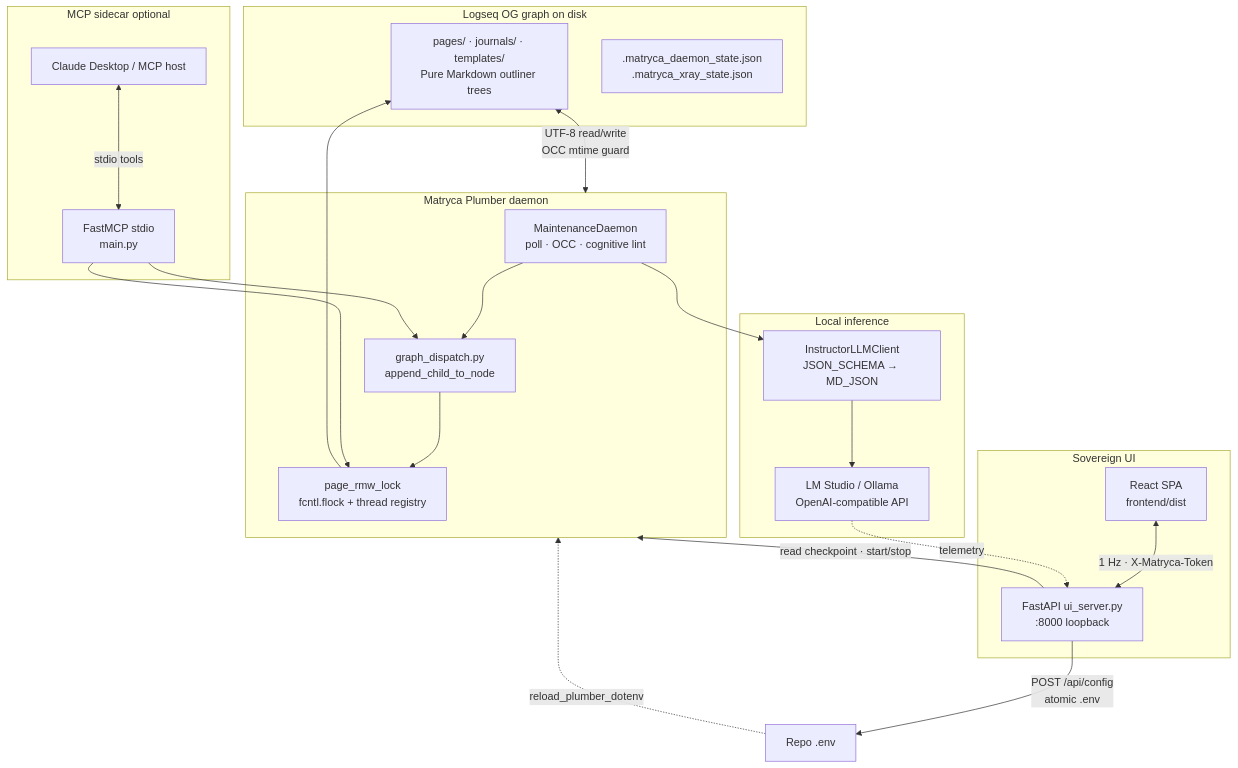
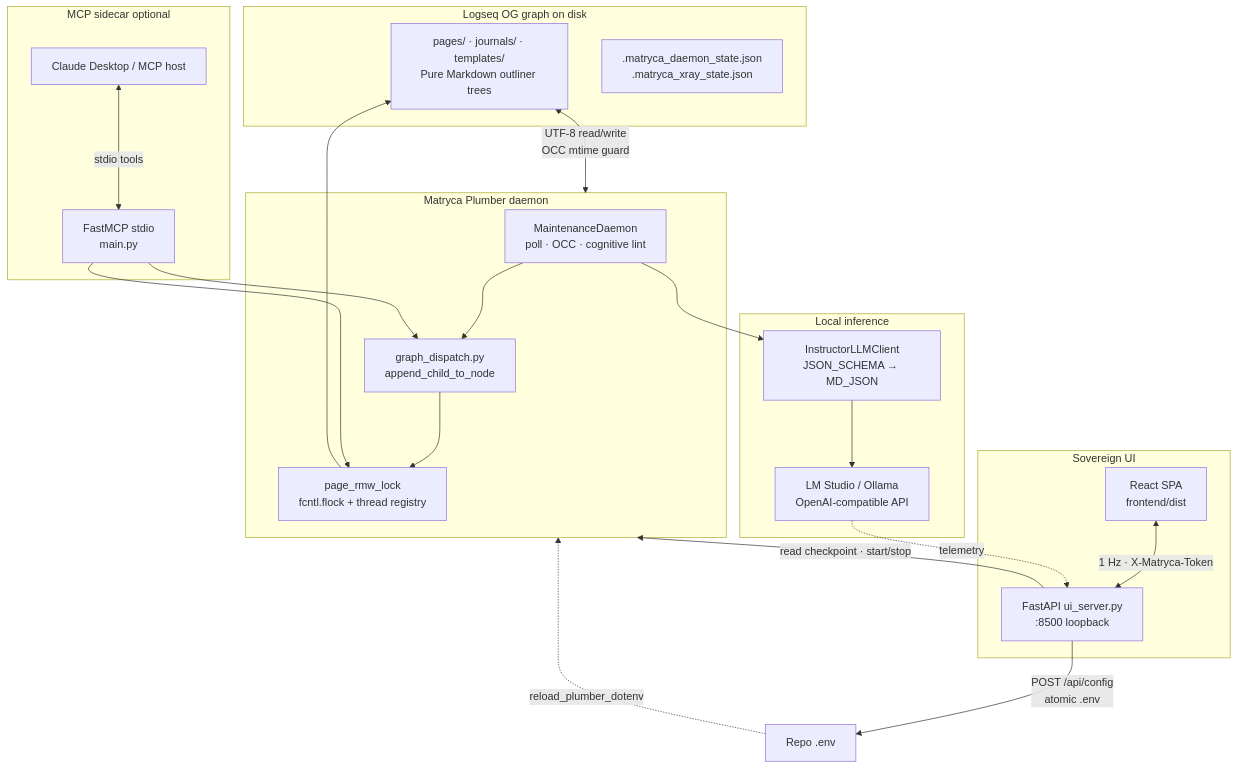
Before and after one commit to blackwolf225/matryca-plumber: the first of 3 diagrams in docs/ARCHITECTURE.md, drawn with Mermaid. The commit also changed other lines of this file and 24 other files, not shown here.

First line of the commit message:
feat(security): enhance SSRF protection, introduce graph path allowlist, and implement split UI rate limits

````diff
--- a/docs/ARCHITECTURE.md
+++ b/docs/ARCHITECTURE.md
@@ -67,43 +67,43 @@
 ```mermaid
 graph TD
   subgraph graph["Logseq OG graph on disk"]
     MD["pages/ · journals/ · templates/\nPure Markdown outliner trees"]
     LEDGER[".matryca_daemon_state.json\n.matryca_xray_state.json"]
   end
 
   subgraph daemon["Matryca Plumber daemon"]
     MD_POLL["MaintenanceDaemon\npoll · OCC · cognitive lint"]
     GD["graph_dispatch.py\nappend_child_to_node"]
     LOCK["page_rmw_lock\nfcntl.flock + thread registry"]
     MD_POLL --> GD
     GD --> LOCK
     LOCK --> MD
   end
 
   subgraph llm["Local inference"]
     LM["LM Studio / Ollama\nOpenAI-compatible API"]
     INST["InstructorLLMClient\nJSON_SCHEMA → MD_JSON"]
     MD_POLL --> INST
     INST --> LM
   end
 
   subgraph ui["Sovereign UI"]
     REACT["React SPA\nfrontend/dist"]
-    API["FastAPI ui_server.py\n:8000 loopback"]
+    API["FastAPI ui_server.py\n:8500 loopback"]
     REACT <-->|"1 Hz · X-Matryca-Token"| API
   end
 
   subgraph mcp["MCP sidecar optional"]
     HOST["Claude Desktop / MCP host"]
     FMCP["FastMCP stdio\nmain.py"]
     HOST <-->|"stdio tools"| FMCP
   end
 
   MD <-->|"UTF-8 read/write\nOCC mtime guard"| daemon
   API -->|"read checkpoint · start/stop"| daemon
   FMCP --> GD
   FMCP --> LOCK
   API -->|"POST /api/config\natomic .env"| ENV["Repo .env"]
   ENV -.->|"reload_plumber_dotenv"| daemon
   LM -.->|"telemetry"| API
 ```
````
